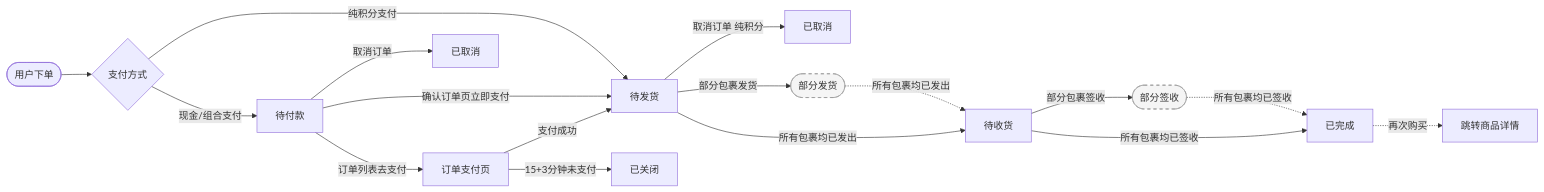
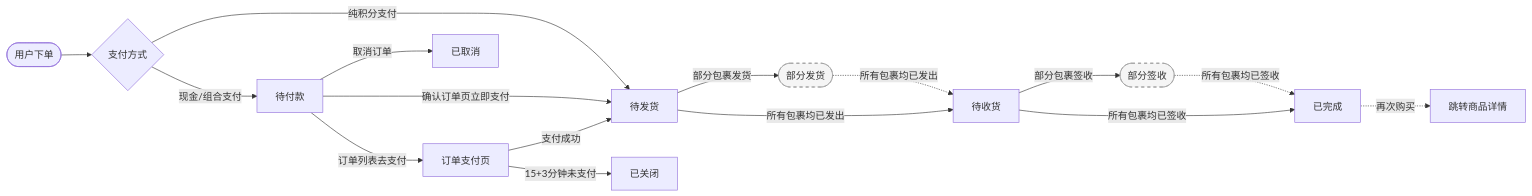
The first of 3 diagrams in doc/V0.3/业务逻辑清单_V0.3.md (lyuxiaohei/mini-program), drawn with Mermaid before and after one commit. The commit also changed other lines of this file and 5 other files, not shown here.

````diff
--- a/doc/V0.3/业务逻辑清单_V0.3.md
+++ b/doc/V0.3/业务逻辑清单_V0.3.md
@@ -22,22 +22,21 @@
 ```mermaid
 flowchart LR
     START([用户下单]) --> PayMode{支付方式}
     PayMode -->|纯积分支付| C[待发货]
     PayMode -->|现金/组合支付| A[待付款]
     A -->|取消订单| B[已取消]
     A -->|确认订单页立即支付| C
     A -->|订单列表去支付| AP[订单支付页]
     AP -->|支付成功| C
     AP -->|15+3分钟未支付| BC[已关闭]
-    C -->|取消订单 纯积分| BX[已取消]
     C -->|部分包裹发货| PS([部分发货])
     PS -.->|所有包裹均已发出| D[待收货]
     C -->|所有包裹均已发出| D
     D -->|部分包裹签收| PR([部分签收])
     PR -.->|所有包裹均已签收| E[已完成]
     D -->|所有包裹均已签收| E
     E -.->|再次购买| G[跳转商品详情]
 
     style PS stroke-dasharray: 5 5,fill:#f5f5f5,stroke:#999
     style PR stroke-dasharray: 5 5,fill:#f5f5f5,stroke:#999
 ```
````
